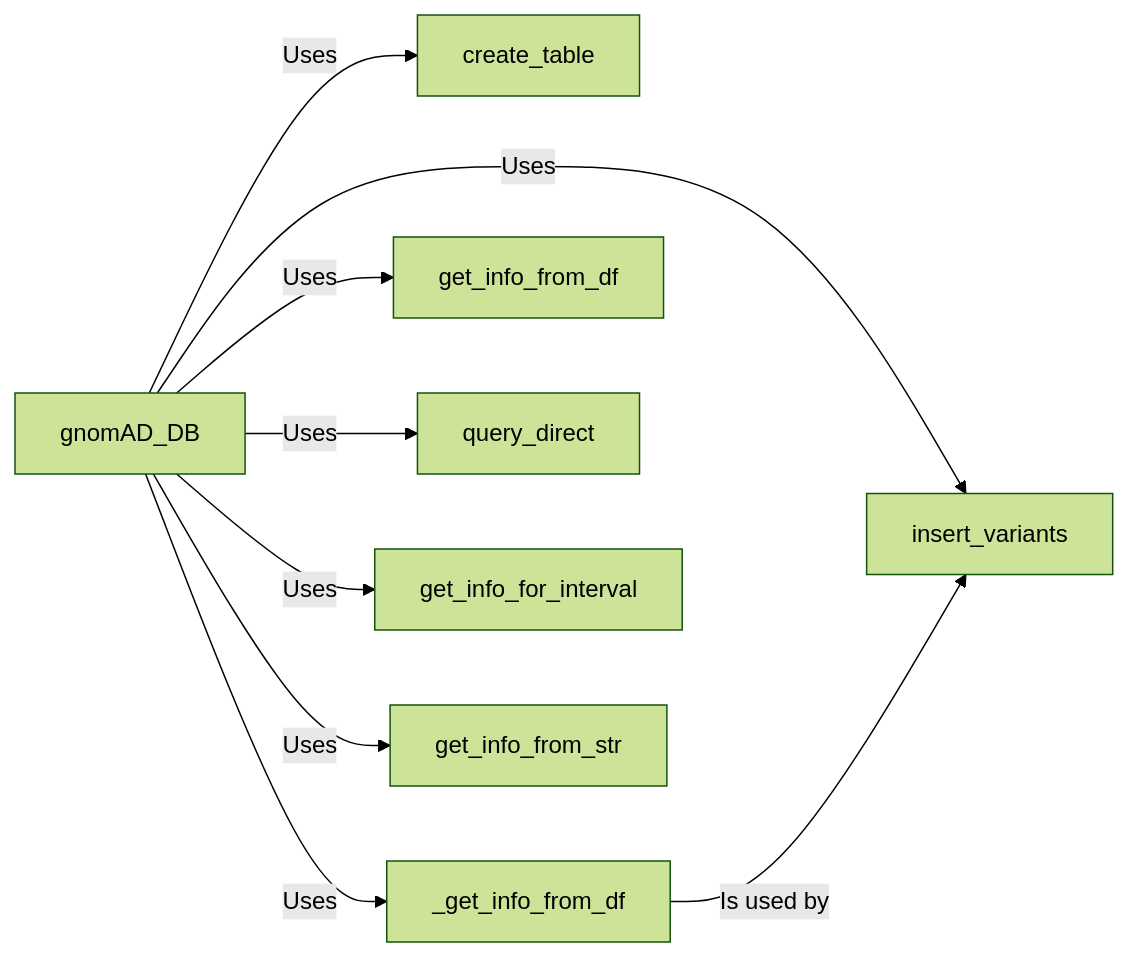
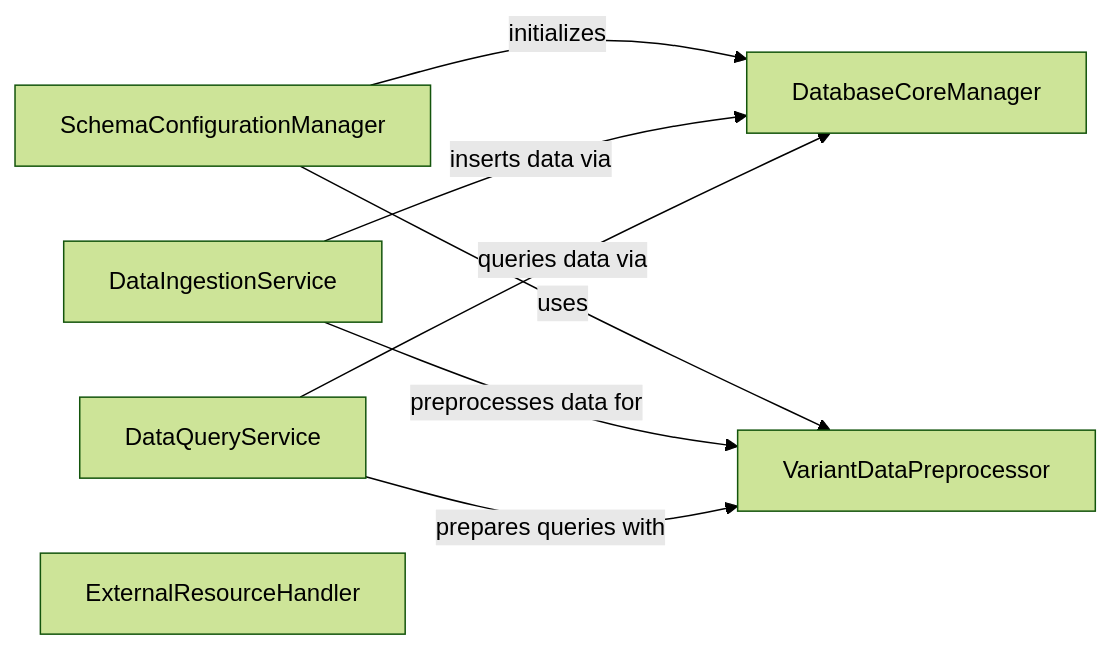
Before and after one commit to CodeBoarding/GeneratedOnBoardings: the diagram in gnomAD_DB/Database Management.md, drawn with Mermaid (forest theme). The commit also changed other lines of this file and 9 other files, not shown here.

````diff
--- a/gnomAD_DB/Database Management.md
+++ b/gnomAD_DB/Database Management.md
@@ -1,19 +1,15 @@
 ```mermaid
 graph LR
-    gnomAD_DB["gnomAD_DB"]
-    create_table["create_table"]
-    insert_variants["insert_variants"]
-    _get_info_from_df["_get_info_from_df"]
-    get_info_from_df["get_info_from_df"]
-    query_direct["query_direct"]
-    get_info_for_interval["get_info_for_interval"]
-    get_info_from_str["get_info_from_str"]
-    gnomAD_DB -- "Uses" --> create_table
-    gnomAD_DB -- "Uses" --> insert_variants
-    gnomAD_DB -- "Uses" --> _get_info_from_df
-    gnomAD_DB -- "Uses" --> get_info_from_df
-    gnomAD_DB -- "Uses" --> query_direct
-    gnomAD_DB -- "Uses" --> get_info_for_interval
-    gnomAD_DB -- "Uses" --> get_info_from_str
-    _get_info_from_df -- "Is used by" --> insert_variants
+    DatabaseCoreManager["DatabaseCoreManager"]
+    SchemaConfigurationManager["SchemaConfigurationManager"]
+    VariantDataPreprocessor["VariantDataPreprocessor"]
+    DataIngestionService["DataIngestionService"]
+    DataQueryService["DataQueryService"]
+    ExternalResourceHandler["ExternalResourceHandler"]
+    SchemaConfigurationManager -- "initializes" --> DatabaseCoreManager
+    SchemaConfigurationManager -- "uses" --> VariantDataPreprocessor
+    DataIngestionService -- "inserts data via" --> DatabaseCoreManager
+    DataIngestionService -- "preprocesses data for" --> VariantDataPreprocessor
+    DataQueryService -- "queries data via" --> DatabaseCoreManager
+    DataQueryService -- "prepares queries with" --> VariantDataPreprocessor
 ```
````
